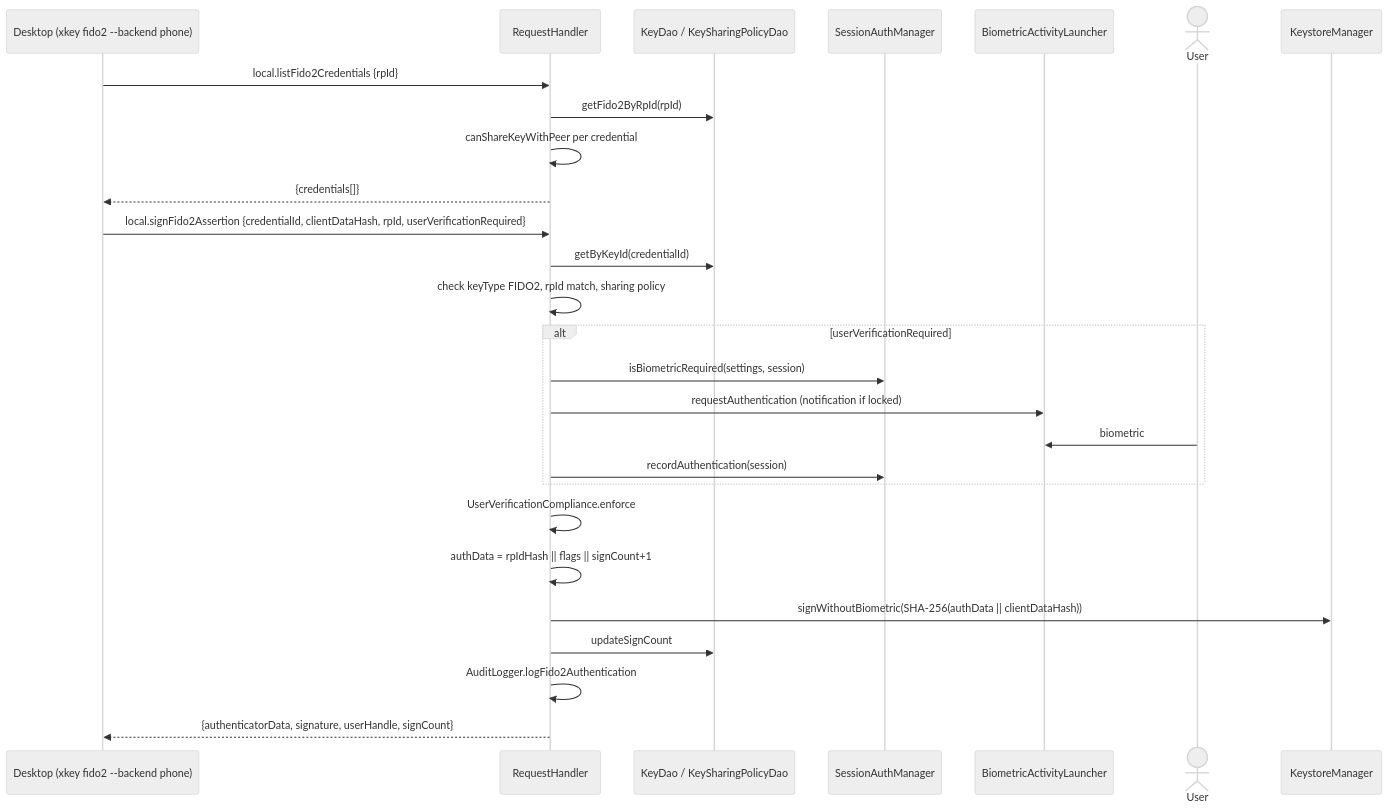
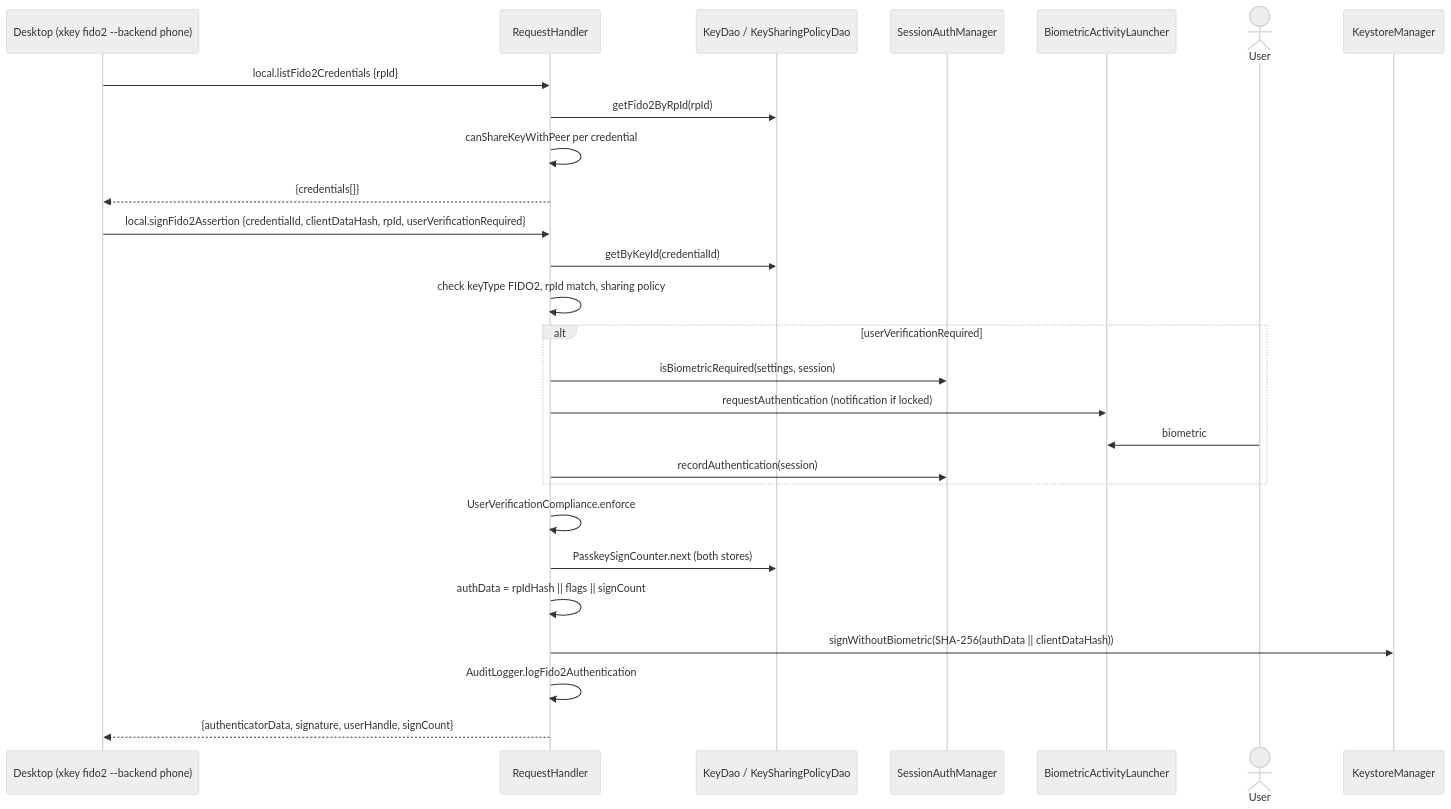
Before and after one commit to jeremyhahn/xkey-android: the diagram in docs/fido2-phone-backend/architecture.md, drawn with Mermaid (neutral theme). The commit also changed other lines of this file and 1 other file, not shown here.

First line of the commit message:
docs: the shared passkey signature counter

````diff
--- a/docs/fido2-phone-backend/architecture.md
+++ b/docs/fido2-phone-backend/architecture.md
@@ -55,31 +65,31 @@
 ```mermaid
 sequenceDiagram
     participant Desk as Desktop (xkey fido2 --backend phone)
     participant H as RequestHandler
     participant DB as KeyDao / KeySharingPolicyDao
     participant SA as SessionAuthManager
     participant BL as BiometricActivityLauncher
     actor User
     participant KM as KeystoreManager
 
     Desk->>H: local.listFido2Credentials {rpId}
     H->>DB: getFido2ByRpId(rpId)
     H->>H: canShareKeyWithPeer per credential
     H-->>Desk: {credentials[]}
 
     Desk->>H: local.signFido2Assertion {credentialId, clientDataHash, rpId, userVerificationRequired}
     H->>DB: getByKeyId(credentialId)
     H->>H: check keyType FIDO2, rpId match, sharing policy
     alt userVerificationRequired
         H->>SA: isBiometricRequired(settings, session)
         H->>BL: requestAuthentication (notification if locked)
         User->>BL: biometric
         H->>SA: recordAuthentication(session)
     end
     H->>H: UserVerificationCompliance.enforce
-    H->>H: authData = rpIdHash || flags || signCount+1
+    H->>DB: PasskeySignCounter.next (both stores)
+    H->>H: authData = rpIdHash || flags || signCount
     H->>KM: signWithoutBiometric(SHA-256(authData || clientDataHash))
-    H->>DB: updateSignCount
     H->>H: AuditLogger.logFido2Authentication
     H-->>Desk: {authenticatorData, signature, userHandle, signCount}
 ```
````
